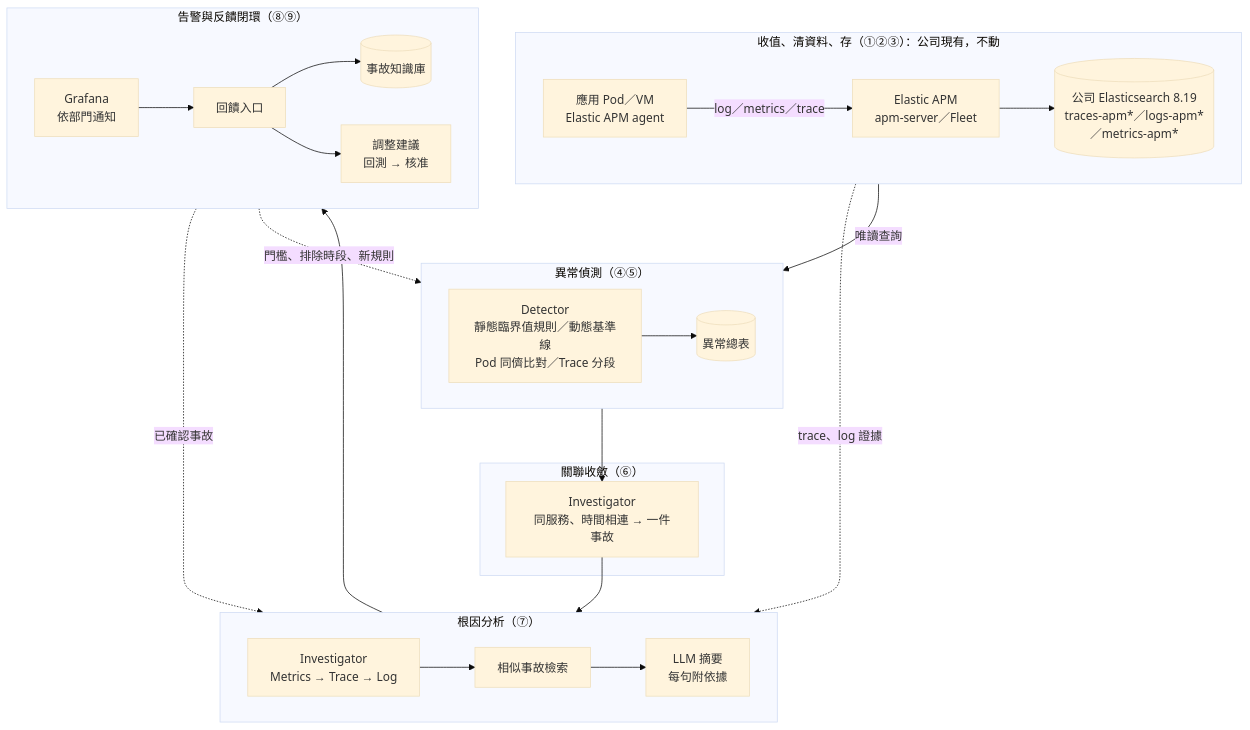
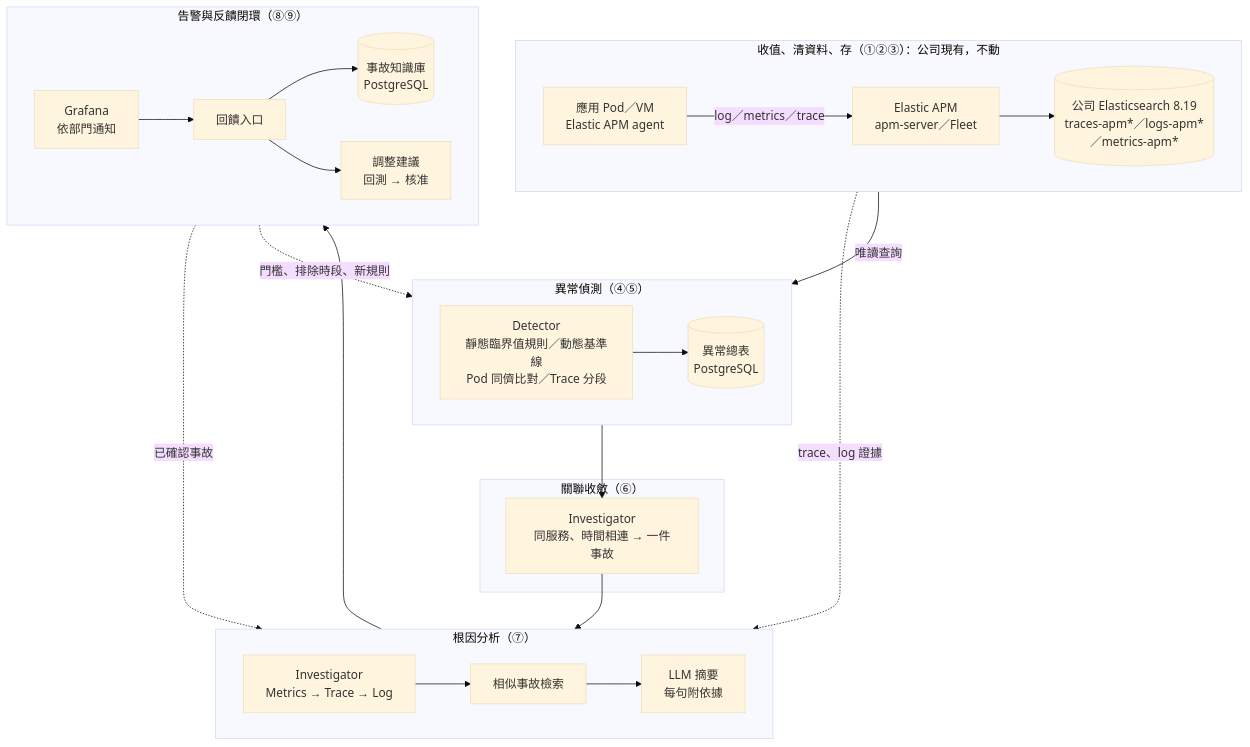
Before and after one commit to i-shuan/aiops-data-foundation: the diagram in docs/architecture.md, drawn with Mermaid (base theme). The commit also changed other lines of this file and 36 other files, not shown here.

First line of the commit message:
Grafana 改讀 PostgreSQL、helm 與 Kibana 檔、文件、PDCA

````diff
--- a/docs/architecture.md
+++ b/docs/architecture.md
@@ -63,41 +63,41 @@
 ```mermaid
 flowchart TB
   subgraph S1["收值、清資料、存（①②③）：公司現有，不動"]
     direction LR
     APP["應用 Pod／VM<br/>Elastic APM agent"]
     APM["Elastic APM<br/>apm-server／Fleet"]
     ES[("公司 Elasticsearch 8.19<br/>traces-apm*／logs-apm*／metrics-apm*")]
   end
   subgraph S4["異常偵測（④⑤）"]
     direction LR
     DET["Detector<br/>靜態臨界值規則／動態基準線<br/>Pod 同儕比對／Trace 分段"]
-    AN[("異常總表")]
+    AN[("異常總表<br/>PostgreSQL")]
   end
   subgraph S5["關聯收斂（⑥）"]
     CORR["Investigator<br/>同服務、時間相連 → 一件事故"]
   end
   subgraph S6["根因分析（⑦）"]
     direction LR
     RCA["Investigator<br/>Metrics → Trace → Log"]
     SIM["相似事故檢索"]
     LLM["LLM 摘要<br/>每句附依據"]
   end
   subgraph S7["告警與反饋閉環（⑧⑨）"]
     direction LR
     GF["Grafana<br/>依部門通知"]
     FB["回饋入口"]
-    KB[("事故知識庫")]
+    KB[("事故知識庫<br/>PostgreSQL")]
     TUNE["調整建議<br/>回測 → 核准"]
   end
 
   APP -- "log／metrics／trace" --> APM
   APM --> ES
   ES -- "唯讀查詢" --> DET
   DET --> AN --> CORR --> RCA
   ES -. "trace、log 證據" .-> RCA
   RCA --> SIM --> LLM --> GF --> FB
   FB --> KB
   FB --> TUNE
   KB -. "已確認事故" .-> SIM
   TUNE -. "門檻、排除時段、新規則" .-> DET
 ```
````
